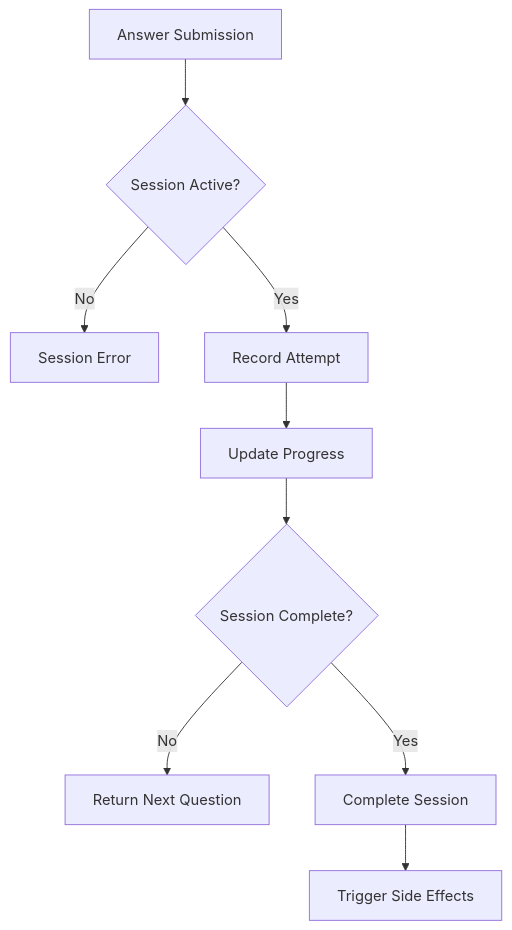
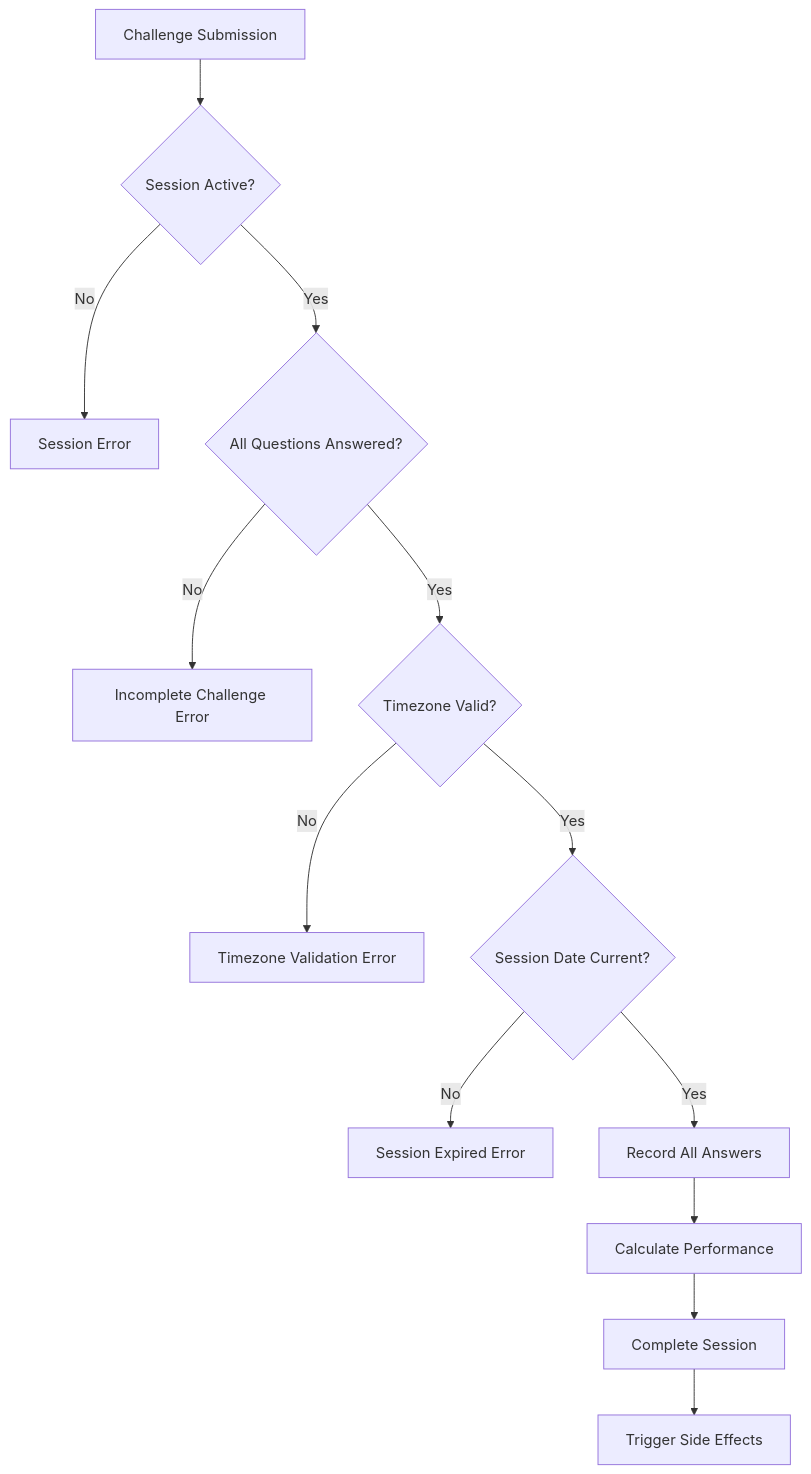
One commit to midearth-labs/fit-journey changed the third of 5 diagrams in game/design/low-level/game-session-engine.md. Above: the diagram before and after it, drawn with Mermaid. The commit also changed other lines of this file and 2 other files, not shown here.

````diff
--- a/game/design/low-level/game-session-engine.md
+++ b/game/design/low-level/game-session-engine.md
@@ -353,11 +407,15 @@
 ```mermaid
 flowchart TD
-    A[Answer Submission] --> B{Session Active?}
+    A[Challenge Submission] --> B{Session Active?}
     B -->|No| C[Session Error]
-    B -->|Yes| D[Record Attempt]
-    D --> E[Update Progress]
-    E --> F{Session Complete?}
-    F -->|No| G[Return Next Question]
-    F -->|Yes| H[Complete Session]
-    H --> I[Trigger Side Effects]
+    B -->|Yes| D{All Questions Answered?}
+    D -->|No| E[Incomplete Challenge Error]
+    D -->|Yes| F{Timezone Valid?}
+    F -->|No| G[Timezone Validation Error]
+    F -->|Yes| H{Session Date Current?}
+    H -->|No| I[Session Expired Error]
+    H -->|Yes| J[Record All Answers]
+    J --> K[Calculate Performance]
+    K --> L[Complete Session]
+    L --> M[Trigger Side Effects]
 ```
````
